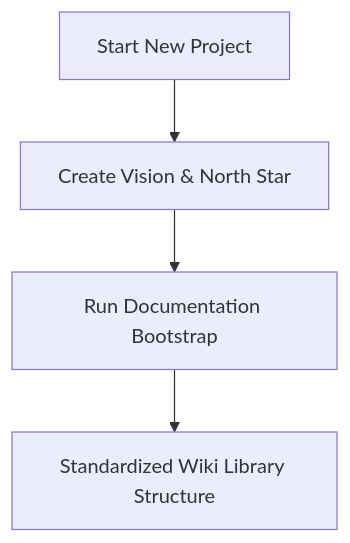
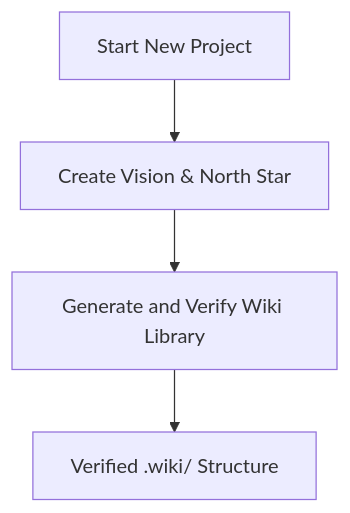
One commit to CMC-27/pass-the-parcel changed the first of 3 diagrams in HOW-TO.md. Above: the diagram before and after it, drawn with Mermaid. The commit also changed other lines of this file and 25 other files, not shown here.

````diff
--- a/HOW-TO.md
+++ b/HOW-TO.md
@@ -11,6 +11,6 @@
 ```mermaid
 graph TD
     A[Start New Project] --> B[Create Vision & North Star]
-    B --> C[Run Documentation Bootstrap]
-    C --> D[Standardized Wiki Library Structure]
+    B --> C[Generate and Verify Wiki Library]
+    C --> D[Verified .wiki/ Structure]
 ```
````
